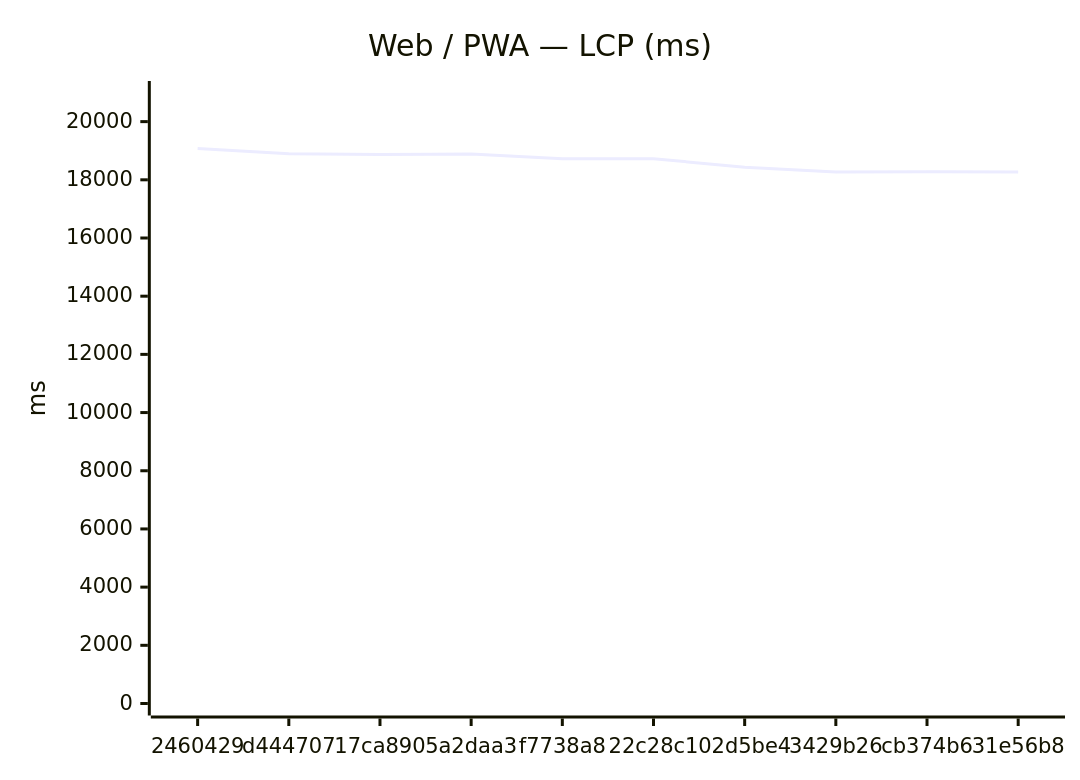
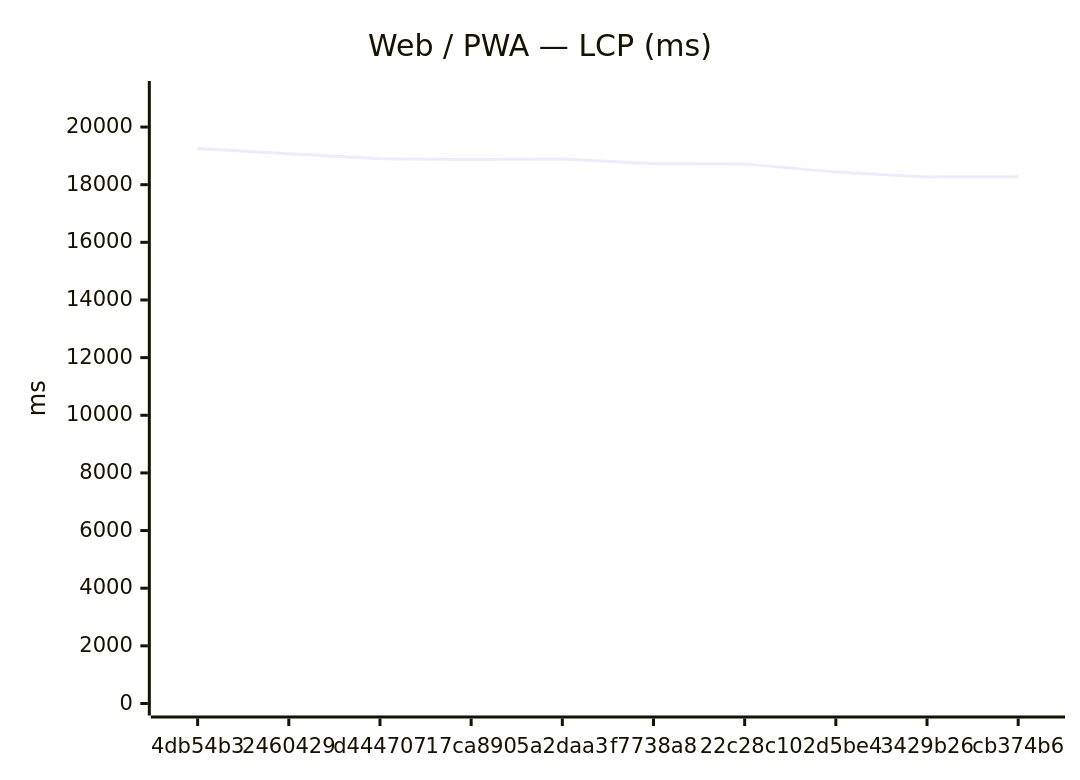
Before and after one commit to Metaheurist/Rianell: the first of 18 diagrams in benchmarks/compare.md, drawn with Mermaid. The commit also changed other lines of this file and 11 other files, not shown here.

````diff
--- a/benchmarks/compare.md
+++ b/benchmarks/compare.md
@@ -24,7 +24,7 @@
 ```mermaid
 xychart-beta
     title "Web / PWA — LCP (ms)"
-    x-axis ["2460429", "d444707", "17ca890", "5a2daa3", "f7738a8", "22c28c1", "02d5be4", "3429b26", "cb374b6", "31e56b8"]
-    y-axis "ms" 0 --> 20984
-    line [19076, 18898, 18874, 18888, 18728, 18722, 18436, 18270, 18278, 18267]
+    x-axis ["4db54b3", "2460429", "d444707", "17ca890", "5a2daa3", "f7738a8", "22c28c1", "02d5be4", "3429b26", "cb374b6"]
+    y-axis "ms" 0 --> 21181
+    line [19255, 19076, 18898, 18874, 18888, 18728, 18722, 18436, 18270, 18278]
 ```
````
